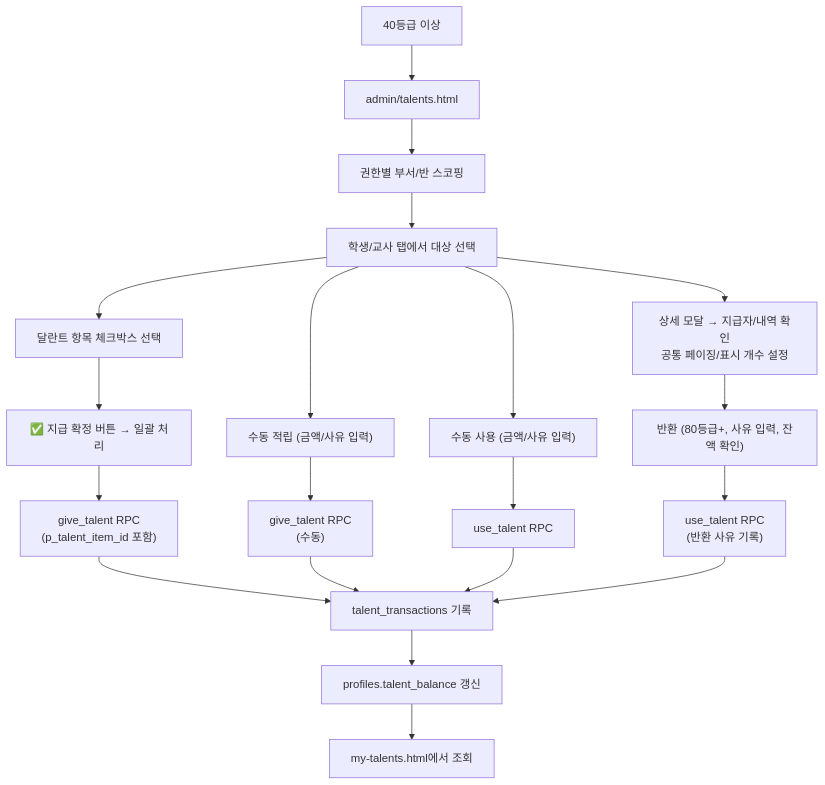
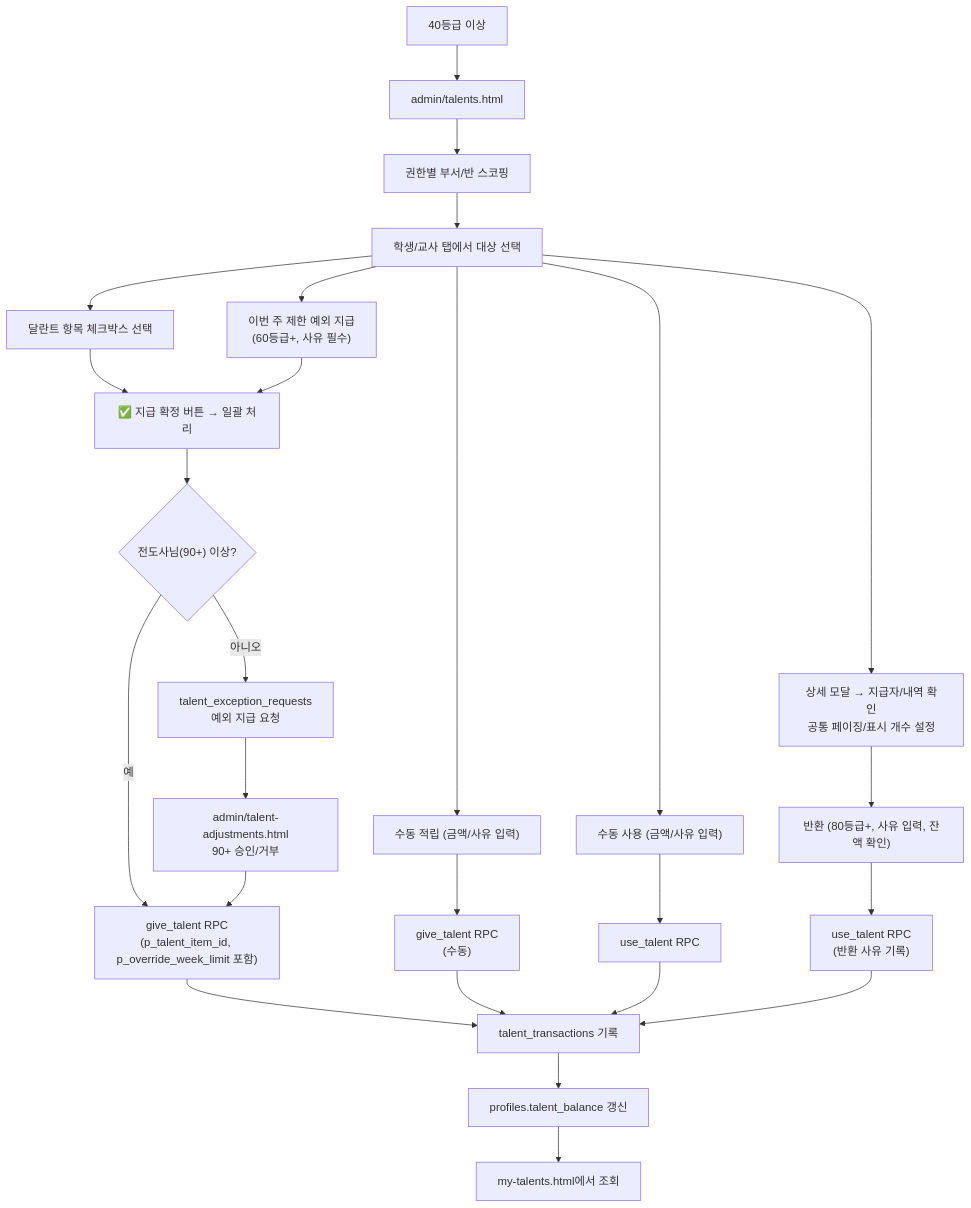
One commit to CHO-Talents/CHO-Talents changed the tenth of 16 diagrams in docs/PROJECT_ARCHITECTURE_FLOW.md. Above: the diagram before and after it, drawn with Mermaid. The commit also changed other lines of this file and 64 other files, not shown here.

````diff
--- a/docs/PROJECT_ARCHITECTURE_FLOW.md
+++ b/docs/PROJECT_ARCHITECTURE_FLOW.md
@@ -426,23 +430,29 @@
 ```mermaid
 flowchart TD
   Manager["40등급 이상"] --> TalentPage["admin/talents.html"]
   TalentPage --> Scope["권한별 부서/반 스코핑"]
   Scope --> Target["학생/교사 탭에서 대상 선택"]
   Target --> ItemCheck["달란트 항목 체크박스 선택"]
+  Target --> Override["이번 주 제한 예외 지급<br/>(60등급+, 사유 필수)"]
   Target --> ManualGive["수동 적립 (금액/사유 입력)"]
   Target --> ManualUse["수동 사용 (금액/사유 입력)"]
   ItemCheck --> Confirm["✅ 지급 확정 버튼 → 일괄 처리"]
-  Confirm --> GiveRPC["give_talent RPC<br/>(p_talent_item_id 포함)"]
+  Override --> Confirm
+  Confirm --> RankCheck{"전도사님(90+) 이상?"}
+  RankCheck -->|예| GiveRPC["give_talent RPC<br/>(p_talent_item_id, p_override_week_limit 포함)"]
+  RankCheck -->|아니오| ExceptionReq["talent_exception_requests<br/>예외 지급 요청"]
+  ExceptionReq --> Approval["admin/talent-adjustments.html<br/>90+ 승인/거부"]
+  Approval --> GiveRPC
   ManualGive --> GiveTalent["give_talent RPC<br/>(수동)"]
   ManualUse --> UseTalent["use_talent RPC"]
   GiveRPC --> Tx["talent_transactions 기록"]
   GiveTalent --> Tx
   UseTalent --> Tx
   Tx --> Balance["profiles.talent_balance 갱신"]
   Balance --> UserView["my-talents.html에서 조회"]
 
   Target --> Detail["상세 모달 → 지급자/내역 확인<br/>공통 페이징/표시 개수 설정"]
   Detail --> Return["반환 (80등급+, 사유 입력, 잔액 확인)"]
   Return --> ReturnRPC["use_talent RPC<br/>(반환 사유 기록)"]
   ReturnRPC --> Tx
 ```
````
